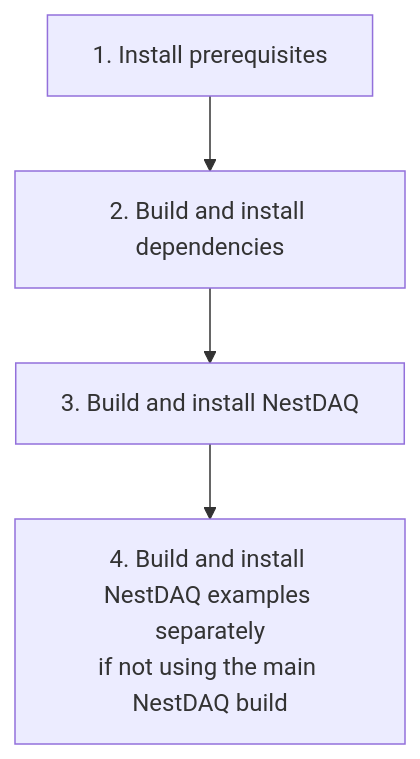
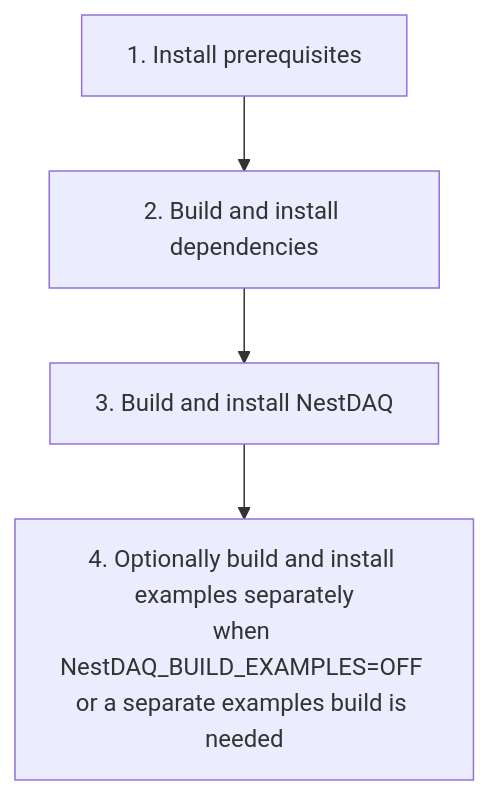
Before and after one commit to tntakahashi/nestdaq: the diagram in INSTALL.md, drawn with Mermaid. The commit also changed other lines of this file, not shown here.

Commit message:
Improve installtion flow wording

````diff
--- a/INSTALL.md
+++ b/INSTALL.md
@@ -5,9 +5,9 @@
 ```mermaid
 flowchart TD
   Prerequisites[1. Install prerequisites]
   Dependencies[2. Build and install dependencies]
   NestDAQ[3. Build and install NestDAQ]
-  Examples[4. Build and install NestDAQ examples separately<br/>if not using the main NestDAQ build]
+  Examples[4. Optionally build and install examples separately<br/>when NestDAQ_BUILD_EXAMPLES=OFF or a separate examples build is needed]
 
   Prerequisites --> Dependencies --> NestDAQ --> Examples
 ```
````
